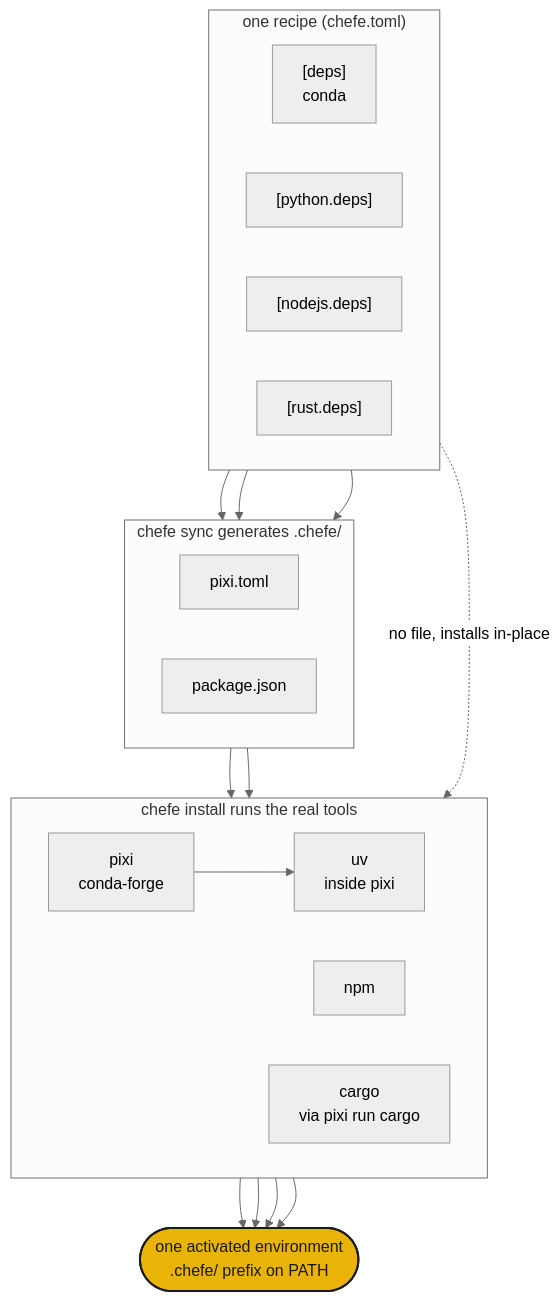
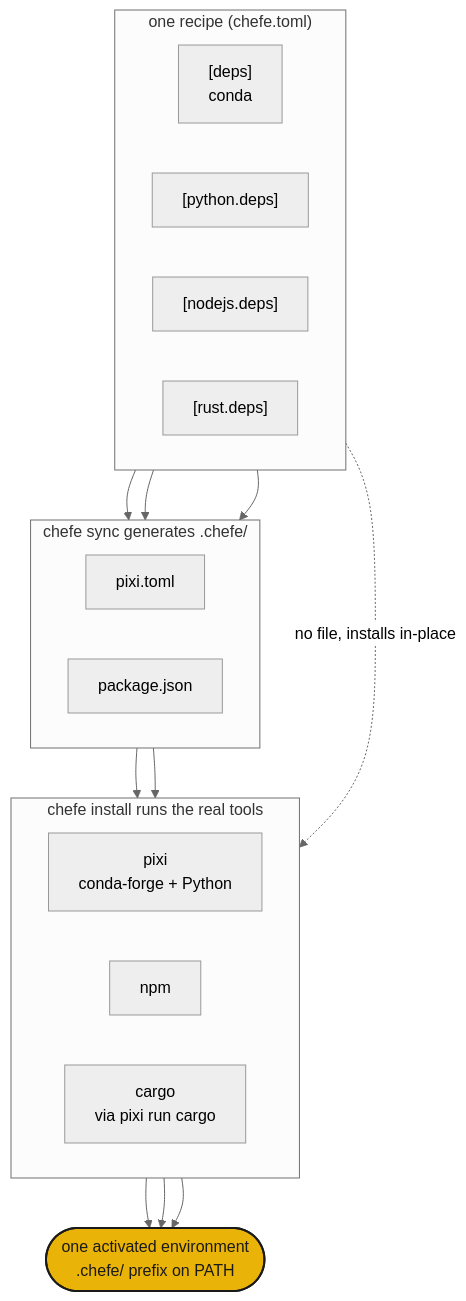
The diagram in docs/how-it-works.md (phvv-me/chefe), drawn with Mermaid (neutral theme) before and after one commit. The commit also changed 29 other files, not shown here.

````diff
--- a/docs/how-it-works.md
+++ b/docs/how-it-works.md
@@ -5,42 +5,39 @@
 ```mermaid
 flowchart TB
     subgraph recipe["one recipe (chefe.toml)"]
         direction LR
         D["[deps]<br/>conda"]
         PY["[python.deps]"]
         NP["[nodejs.deps]"]
         CG["[rust.deps]"]
     end
 
     subgraph compiled["chefe sync generates .chefe/"]
         direction LR
         PT["pixi.toml"]
         PJ["package.json"]
     end
 
     subgraph solve["chefe install runs the real tools"]
         direction LR
-        PIXI["pixi<br/>conda-forge"]
-        UV["uv<br/>inside pixi"]
+        PIXI["pixi<br/>conda-forge + Python"]
         NPM["npm"]
         CARGO["cargo<br/>via pixi run cargo"]
     end
 
     ENV(["one activated environment<br/>.chefe/ prefix on PATH"]):::brand
 
     D --> PT
     PY --> PT
     NP --> PJ
     CG -. no file, installs in-place .-> CARGO
 
     PT --> PIXI
-    PIXI --> UV
     PJ --> NPM
 
     PIXI --> ENV
-    UV --> ENV
     NPM --> ENV
     CARGO --> ENV
 
     classDef brand fill:#eab308,stroke:#1a1a1a,stroke-width:2px,color:#1a1a1a;
 ```
````
